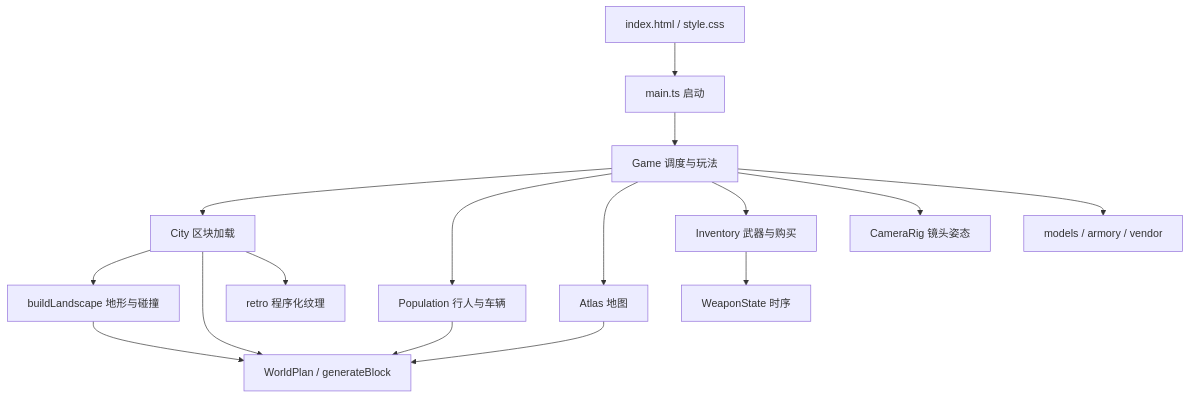
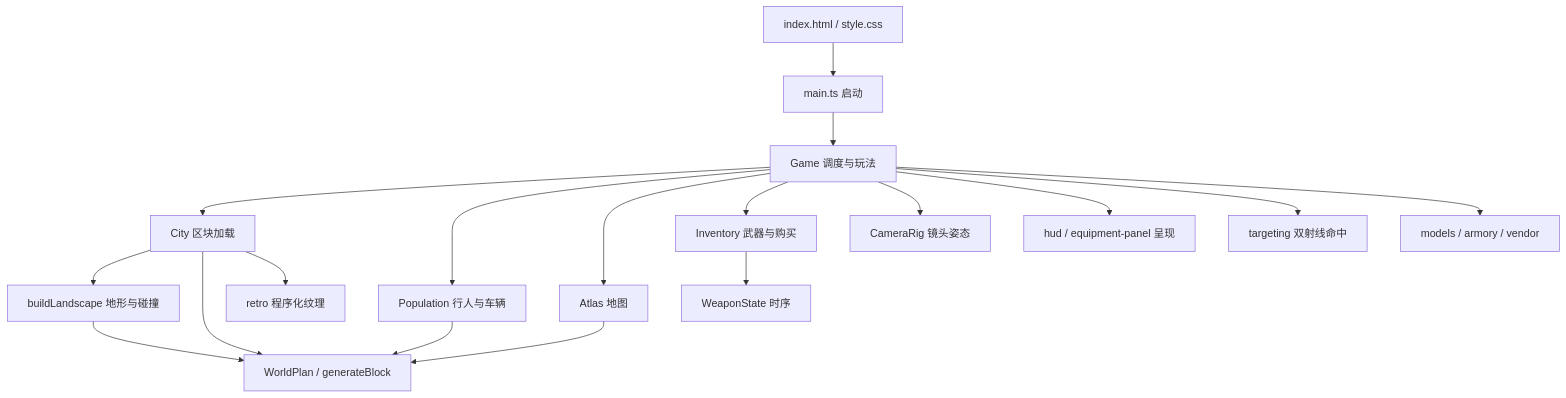
One commit to wengxiaoxiong/copperline changed the diagram in docs/ARCHITECTURE.md. Above: the diagram before and after it, drawn with Mermaid. The commit also changed other lines of this file and 31 other files, not shown here.

````diff
--- a/docs/ARCHITECTURE.md
+++ b/docs/ARCHITECTURE.md
@@ -11,18 +11,20 @@
 ```mermaid
 flowchart TD
   HTML[index.html / style.css] --> Main[main.ts 启动]
   Main --> Game[Game 调度与玩法]
   Game --> City[City 区块加载]
   Game --> Population[Population 行人与车辆]
   Game --> Atlas[Atlas 地图]
   Game --> Inventory[Inventory 武器与购买]
   Inventory --> WeaponState[WeaponState 时序]
   Game --> CameraRig[CameraRig 镜头姿态]
+  Game --> Presentation[hud / equipment-panel 呈现]
+  Game --> Targeting[targeting 双射线命中]
   City --> Landscape[buildLandscape 地形与碰撞]
   City --> Plan[WorldPlan / generateBlock]
   Landscape --> Plan
   Population --> Plan
   Atlas --> Plan
   Game --> Assets[models / armory / vendor]
   City --> Retro[retro 程序化纹理]
 ```
````
